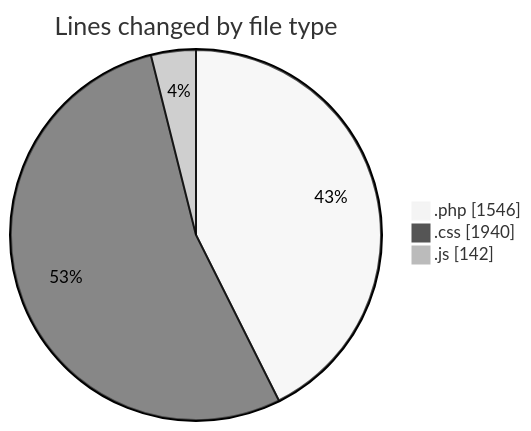
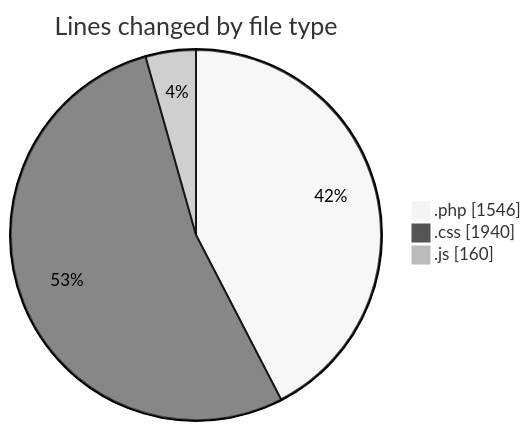
The first of 2 diagrams in 2025-10-23/untitled__workspace_/README.md (debugP/code-tracking), drawn with Mermaid (neutral theme) before and after one commit. The commit also changed other lines of this file and 1 other file, not shown here.

````diff
--- a/2025-10-23/untitled__workspace_/README.md
+++ b/2025-10-23/untitled__workspace_/README.md
@@ -23,7 +23,7 @@
 ```mermaid
 pie showData
 title Lines changed by file type
 ".php" : 1546
 ".css" : 1940
-".js" : 142
+".js" : 160
 ```
````
